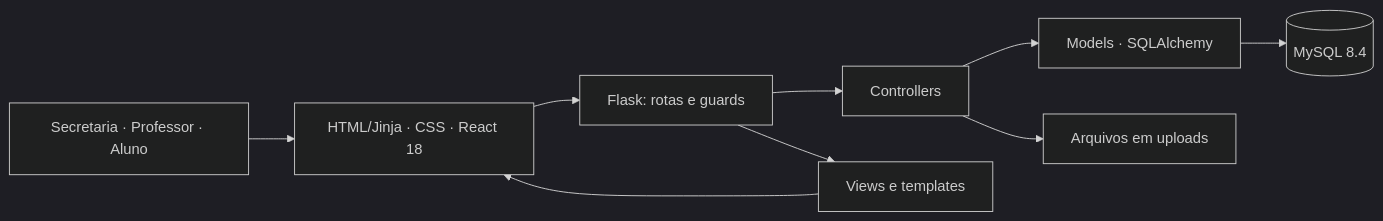
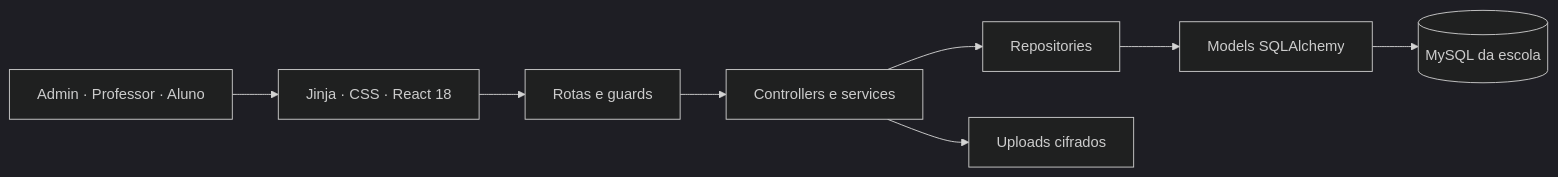
Before and after one commit to robertoqimin/edufast-2.0: the first of 2 diagrams in README.md, drawn with Mermaid (dark theme). The commit also changed other lines of this file, not shown here.

````diff
--- a/README.md
+++ b/README.md
@@ -96,11 +70,10 @@
 ```mermaid
 flowchart LR
-    U[Secretaria · Professor · Aluno] --> UI[HTML/Jinja · CSS · React 18]
-    UI --> R[Flask: rotas e guards]
-    R --> C[Controllers]
-    C --> M[Models · SQLAlchemy]
-    M --> DB[(MySQL 8.4)]
-    C --> F[Arquivos em uploads]
-    R --> V[Views e templates]
-    V --> UI
+    U[Admin · Professor · Aluno] --> UI[Jinja · CSS · React 18]
+    UI --> R[Rotas e guards]
+    R --> S[Controllers e services]
+    S --> Rep[Repositories]
+    Rep --> M[Models SQLAlchemy]
+    M --> DB[(MySQL da escola)]
+    S --> F[Uploads cifrados]
 ```
````
